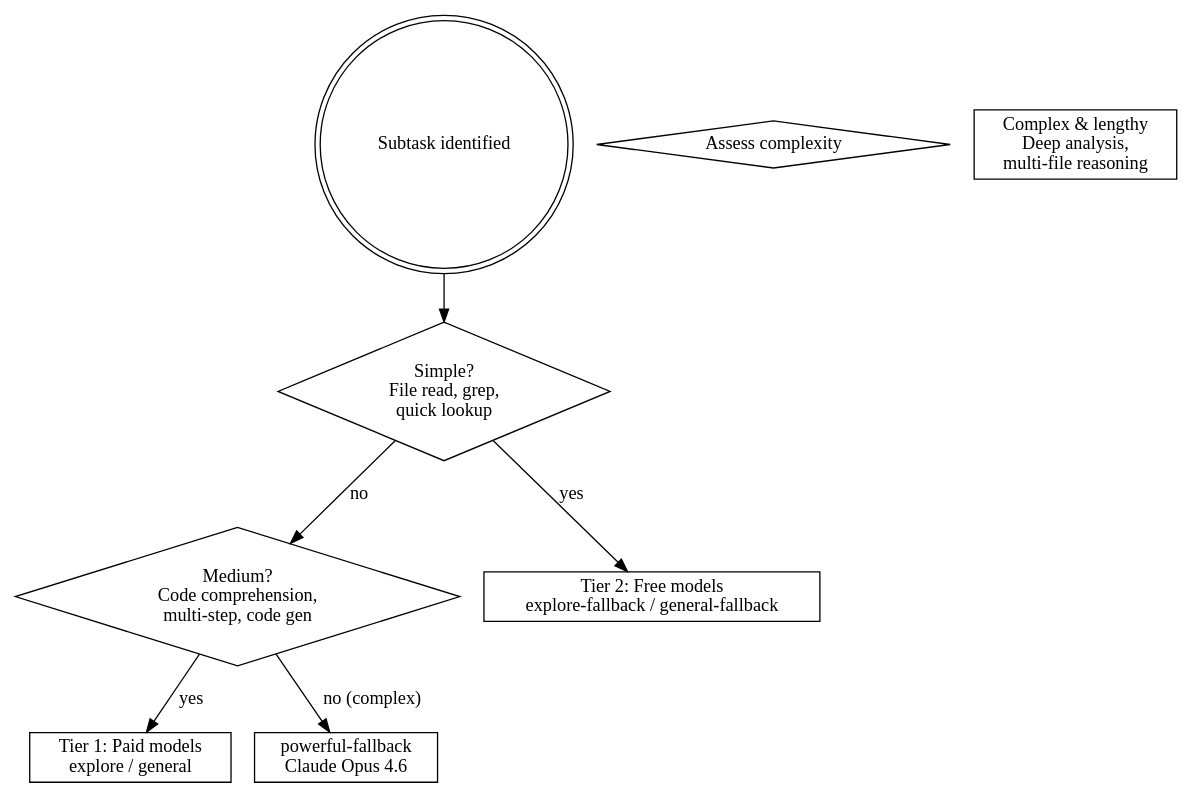
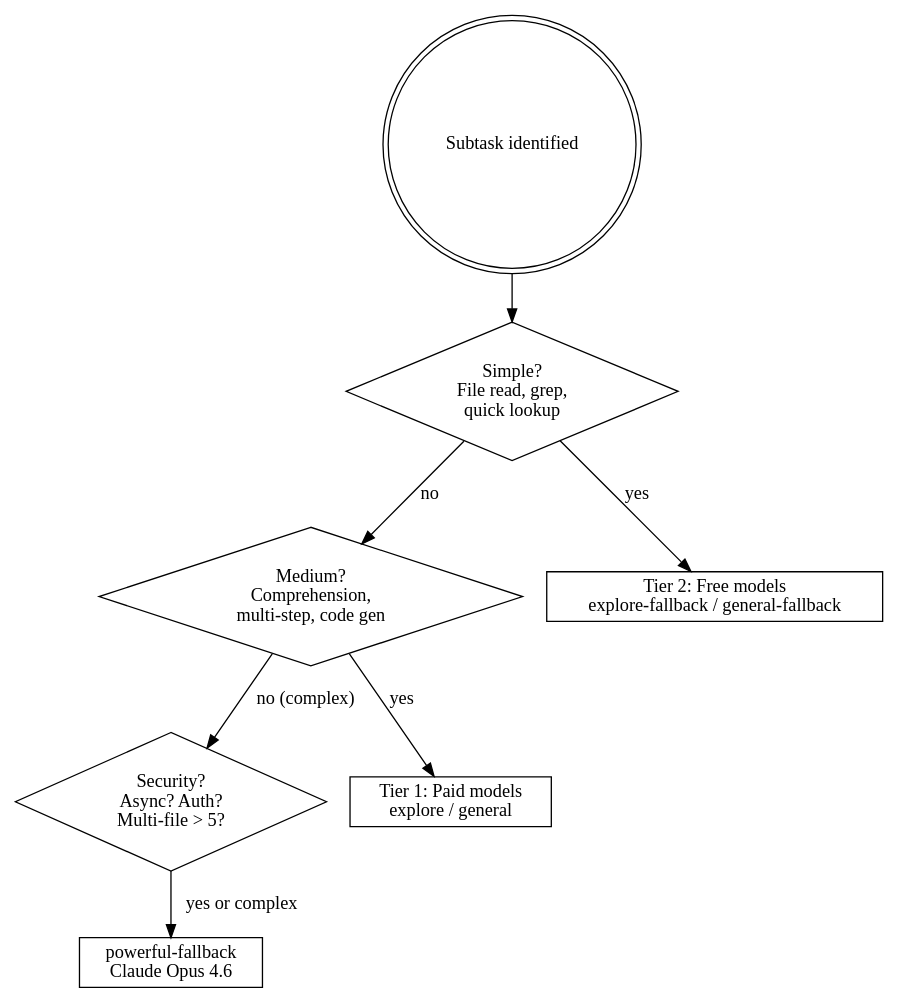
Before and after one commit to Aditya1942/opencode-config: the diagram in skills/team-agents/SKILL.md, drawn with Graphviz. The commit also changed other lines of this file, not shown here.

First line of the commit message:
feat(skill): rewrite team-agents skill with multi-agent coding architecture

````diff
--- a/skills/team-agents/SKILL.md
+++ b/skills/team-agents/SKILL.md
@@ -78,19 +77,19 @@
 ```dot
 digraph dispatch {
     rankdir=TB;
     "Subtask identified" [shape=doublecircle];
-    "Assess complexity" [shape=diamond];
     "Simple?" [shape=diamond, label="Simple?\nFile read, grep,\nquick lookup"];
-    "Medium?" [shape=diamond, label="Medium?\nCode comprehension,\nmulti-step, code gen"];
-    "Complex" [shape=box, label="Complex & lengthy\nDeep analysis,\nmulti-file reasoning"];
+    "Medium?" [shape=diamond, label="Medium?\nComprehension,\nmulti-step, code gen"];
+    "Security/Async/Auth?" [shape=diamond, label="Security?\nAsync? Auth?\nMulti-file > 5?"];
     "Tier 2 (Free)" [shape=box, label="Tier 2: Free models\nexplore-fallback / general-fallback"];
     "Tier 1 (Paid)" [shape=box, label="Tier 1: Paid models\nexplore / general"];
     "Powerful" [shape=box, label="powerful-fallback\nClaude Opus 4.6"];
 
     "Subtask identified" -> "Simple?";
     "Simple?" -> "Tier 2 (Free)" [label="yes"];
     "Simple?" -> "Medium?" [label="no"];
     "Medium?" -> "Tier 1 (Paid)" [label="yes"];
-    "Medium?" -> "Powerful" [label="no (complex)"];
+    "Medium?" -> "Security/Async/Auth?" [label="no (complex)"];
+    "Security/Async/Auth?" -> "Powerful" [label="yes or complex"];
 }
 ```
````
